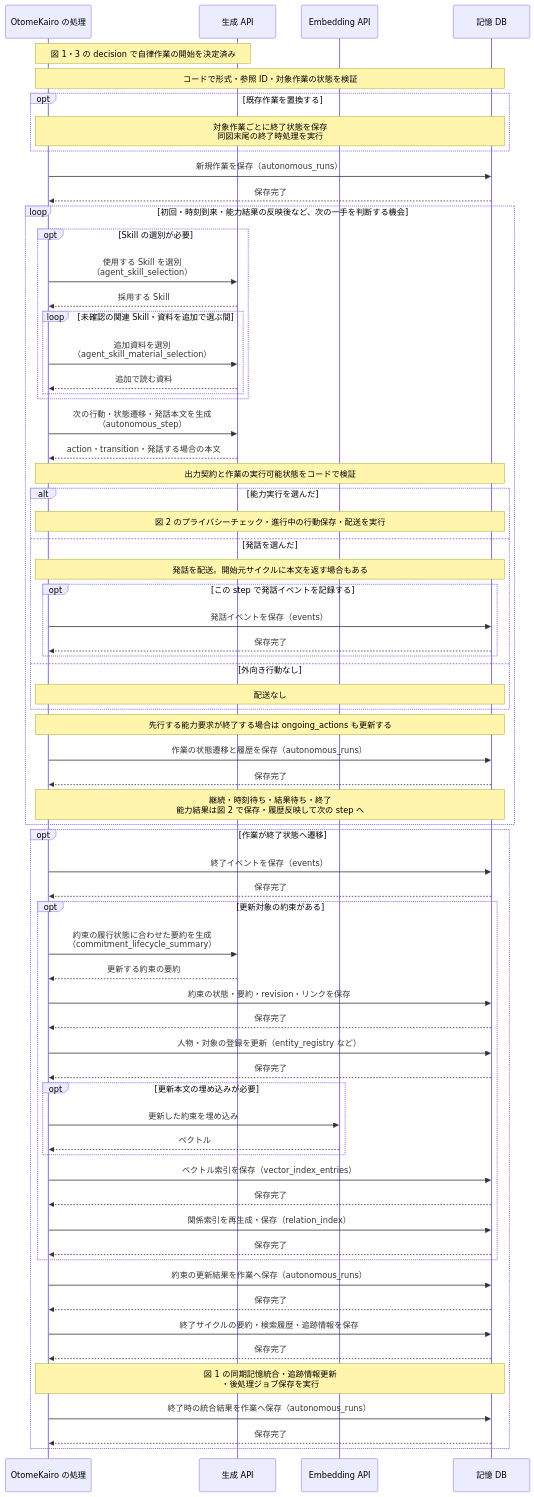
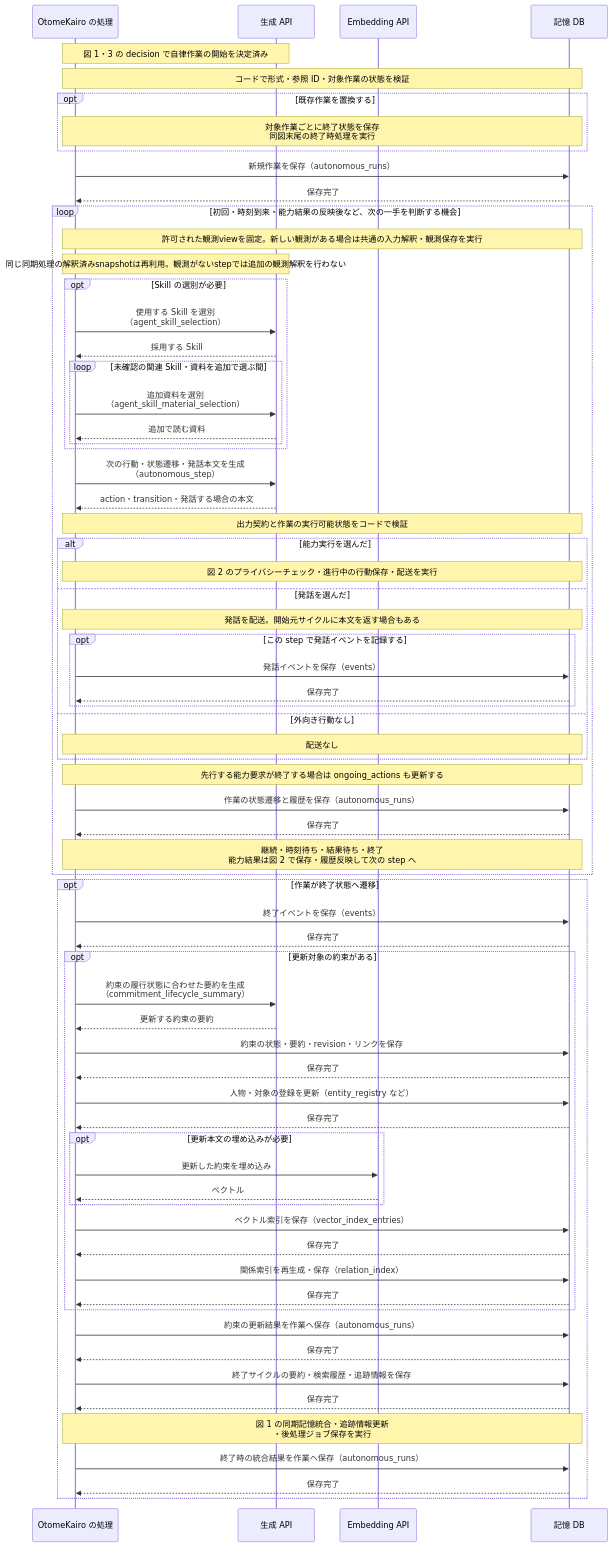
Before and after one commit to hirona98/OtomeKairo: the fourth of 7 diagrams in docs/design/llm/LLM呼び出しシーケンス.md, drawn with Mermaid. The commit also changed other lines of this file and 29 other files, not shown here.

````diff
--- a/docs/design/llm/LLM呼び出しシーケンス.md
+++ b/docs/design/llm/LLM呼び出しシーケンス.md
@@ -314,71 +311,73 @@
 ```mermaid
 sequenceDiagram
     participant C as OtomeKairo の処理
     participant L as 生成 API
     participant E as Embedding API
     participant D as 記憶 DB
 
     Note over C,L: 図 1・3 の decision で自律作業の開始を決定済み
     Note over C,D: コードで形式・参照 ID・対象作業の状態を検証
     opt 既存作業を置換する
         Note over C,D: 対象作業ごとに終了状態を保存<br>同図末尾の終了時処理を実行
     end
     C->>D: 新規作業を保存（autonomous_runs）
     D-->>C: 保存完了
     loop 初回・時刻到来・能力結果の反映後など、次の一手を判断する機会
+        Note over C,D: 許可された観測viewを固定。新しい観測がある場合は共通の入力解釈・観測保存を実行
+        Note over C,L: 同じ同期処理の解釈済みsnapshotは再利用。観測がないstepでは追加の観測解釈を行わない
         opt Skill の選別が必要
             C->>L: 使用する Skill を選別<br>（agent_skill_selection）
             L-->>C: 採用する Skill
             loop 未確認の関連 Skill・資料を追加で選ぶ間
                 C->>L: 追加資料を選別<br>（agent_skill_material_selection）
                 L-->>C: 追加で読む資料
             end
         end
         C->>L: 次の行動・状態遷移・発話本文を生成<br>（autonomous_step）
         L-->>C: action・transition・発話する場合の本文
         Note over C,D: 出力契約と作業の実行可能状態をコードで検証
         alt 能力実行を選んだ
             Note over C,D: 図 2 のプライバシーチェック・進行中の行動保存・配送を実行
         else 発話を選んだ
             Note over C,D: 発話を配送。開始元サイクルに本文を返す場合もある
             opt この step で発話イベントを記録する
                 C->>D: 発話イベントを保存（events）
                 D-->>C: 保存完了
             end
         else 外向き行動なし
             Note over C,D: 配送なし
         end
         Note over C,D: 先行する能力要求が終了する場合は ongoing_actions も更新する
         C->>D: 作業の状態遷移と履歴を保存（autonomous_runs）
         D-->>C: 保存完了
         Note over C,D: 継続・時刻待ち・結果待ち・終了<br>能力結果は図 2 で保存・履歴反映して次の step へ
     end
 
     opt 作業が終了状態へ遷移
         C->>D: 終了イベントを保存（events）
         D-->>C: 保存完了
         opt 更新対象の約束がある
             C->>L: 約束の履行状態に合わせた要約を生成<br>（commitment_lifecycle_summary）
             L-->>C: 更新する約束の要約
             C->>D: 約束の状態・要約・revision・リンクを保存
             D-->>C: 保存完了
             C->>D: 人物・対象の登録を更新（entity_registry など）
             D-->>C: 保存完了
             opt 更新本文の埋め込みが必要
                 C->>E: 更新した約束を埋め込み
                 E-->>C: ベクトル
             end
             C->>D: ベクトル索引を保存（vector_index_entries）
             D-->>C: 保存完了
             C->>D: 関係索引を再生成・保存（relation_index）
             D-->>C: 保存完了
         end
         C->>D: 約束の更新結果を作業へ保存（autonomous_runs）
         D-->>C: 保存完了
         C->>D: 終了サイクルの要約・検索履歴・追跡情報を保存
         D-->>C: 保存完了
         Note over C,D: 図 1 の同期記憶統合・追跡情報更新<br>・後処理ジョブ保存を実行
         C->>D: 終了時の統合結果を作業へ保存（autonomous_runs）
         D-->>C: 保存完了
     end
 ```
````
